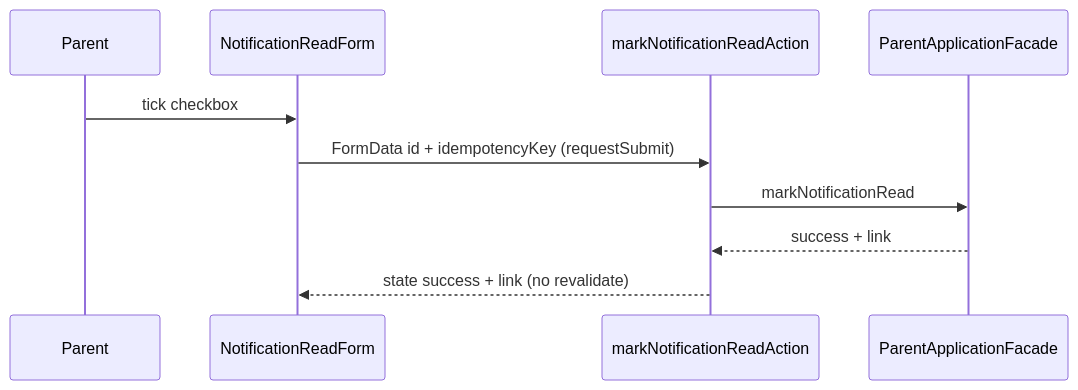
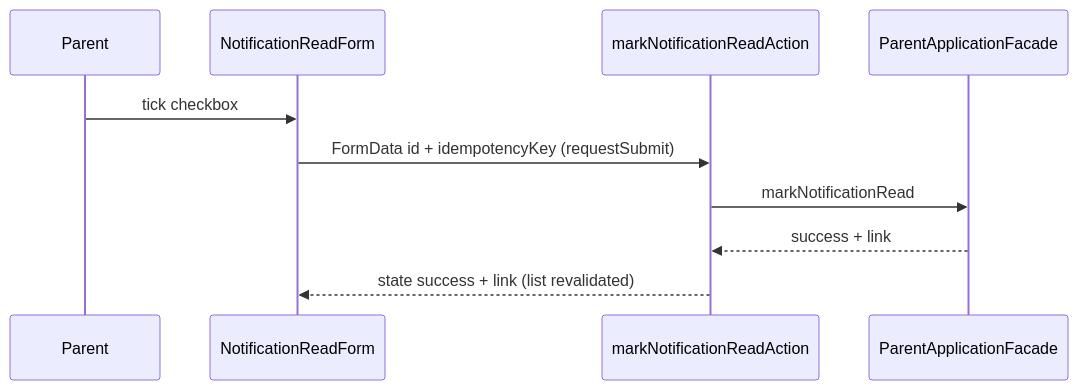
Before and after one commit to bbotond83/waldorf-community-task-manager: the fourth of 6 diagrams in aidlc/spaces/default/codekb/waldorf-community-task-manager/architecture.md, drawn with Mermaid. The commit also changed other lines of this file and 84 other files, not shown here.

````diff
--- a/aidlc/spaces/default/codekb/waldorf-community-task-manager/architecture.md
+++ b/aidlc/spaces/default/codekb/waldorf-community-task-manager/architecture.md
@@ -76,12 +100,12 @@
 ```mermaid
 sequenceDiagram
   participant U as Parent
   participant F as NotificationReadForm
   participant X as markNotificationReadAction
   participant P as ParentApplicationFacade
   U->>F: tick checkbox
   F->>X: FormData id + idempotencyKey (requestSubmit)
   X->>P: markNotificationRead
   P-->>X: success + link
-  X-->>F: state success + link (no revalidate)
+  X-->>F: state success + link (list revalidated)
 ```
````
